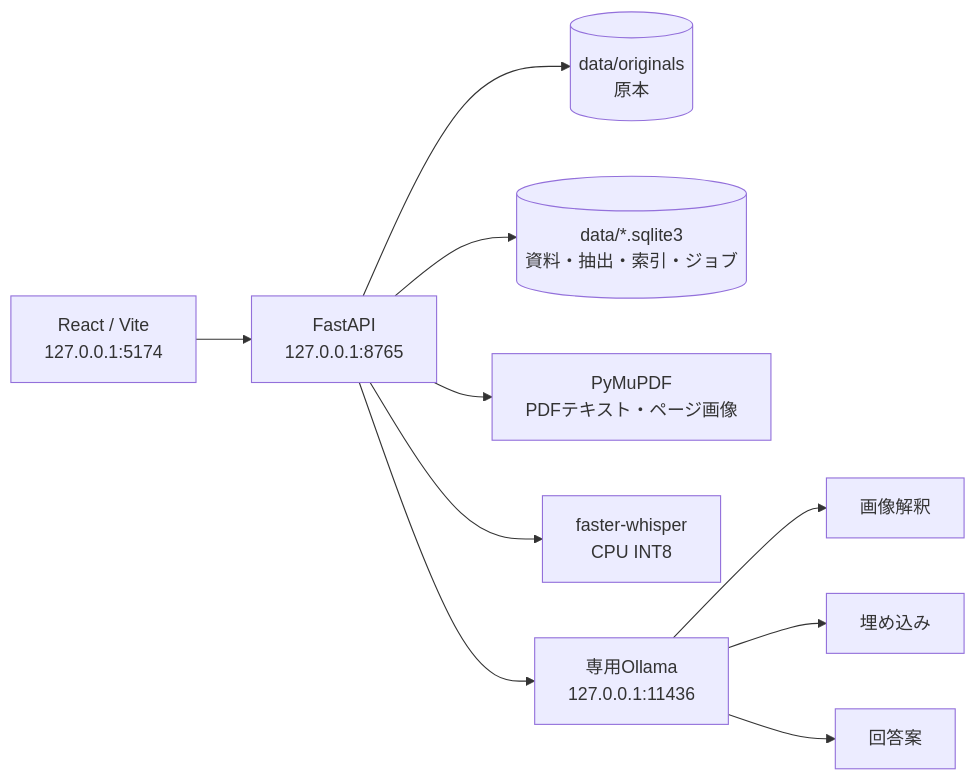
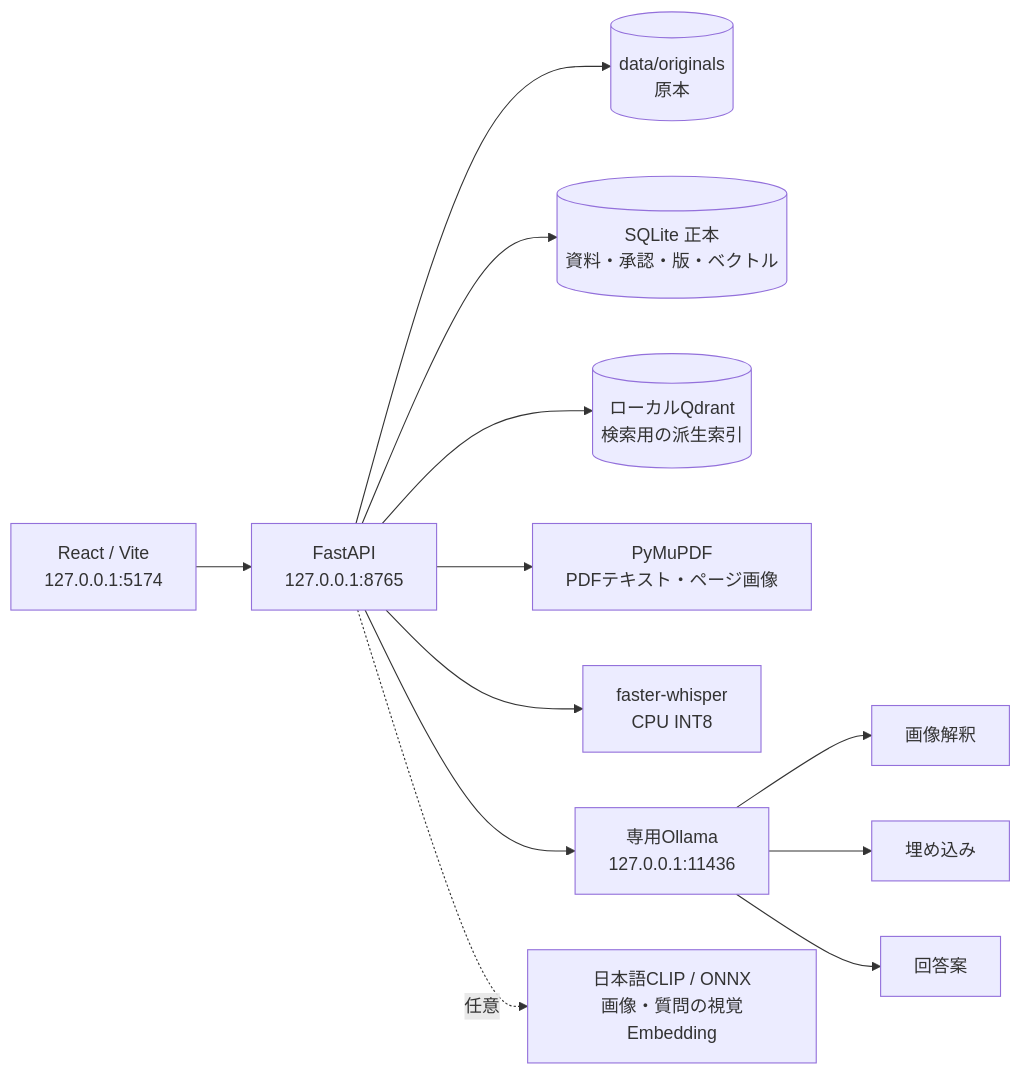
Before and after one commit to yutoo77/museum-multimodal-lab-portfolio: the first of 2 diagrams in docs/ARCHITECTURE.md, drawn with Mermaid. The commit also changed other lines of this file and 14 other files, not shown here.

````diff
--- a/docs/ARCHITECTURE.md
+++ b/docs/ARCHITECTURE.md
@@ -5,12 +5,14 @@
 ```mermaid
 flowchart LR
     UI[React / Vite<br/>127.0.0.1:5174] --> API[FastAPI<br/>127.0.0.1:8765]
     API --> FS[(data/originals<br/>原本)]
-    API --> DB[(data/*.sqlite3<br/>資料・抽出・索引・ジョブ)]
+    API --> DB[(SQLite 正本<br/>資料・承認・版・ベクトル)]
+    API --> QD[(ローカルQdrant<br/>検索用の派生索引)]
     API --> PDF[PyMuPDF<br/>PDFテキスト・ページ画像]
     API --> ASR[faster-whisper<br/>CPU INT8]
     API --> O[専用Ollama<br/>127.0.0.1:11436]
+    API -. 任意 .-> CLIP[日本語CLIP / ONNX<br/>画像・質問の視覚Embedding]
     O --> VLM[画像解釈]
     O --> EMB[埋め込み]
     O --> LLM[回答案]
 ```
````
